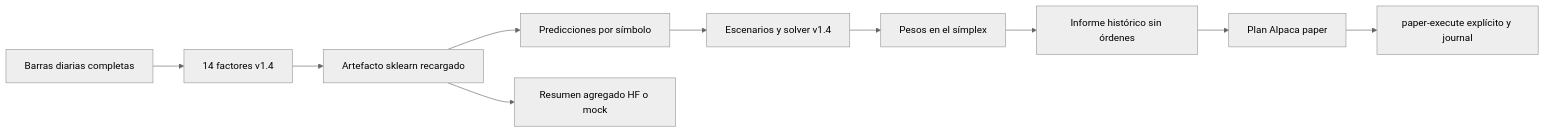
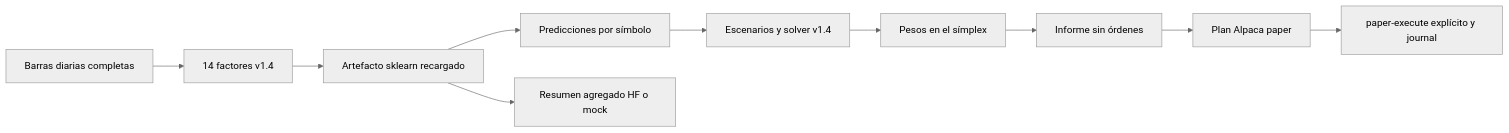
One commit to dalonsogomez-ai/dsia-26-27-alonso-daniel changed the diagram in proyectos/proyecto_ii/DECISION.md. Above: the diagram before and after it, drawn with Mermaid (neutral theme). The commit also changed other lines of this file, not shown here.

````diff
--- a/proyectos/proyecto_ii/DECISION.md
+++ b/proyectos/proyecto_ii/DECISION.md
@@ -48,12 +62,12 @@
 ```mermaid
 flowchart LR
     CSV[Barras diarias completas] --> F[14 factores v1.4]
     F --> M[Artefacto sklearn recargado]
     M --> P[Predicciones por símbolo]
     P --> C[Escenarios y solver v1.4]
     C --> W[Pesos en el símplex]
     M --> H[Resumen agregado HF o mock]
-    W --> R[Informe histórico sin órdenes]
+    W --> R[Informe sin órdenes]
     R --> B[Plan Alpaca paper]
     B --> E[paper-execute explícito y journal]
 ```
````
